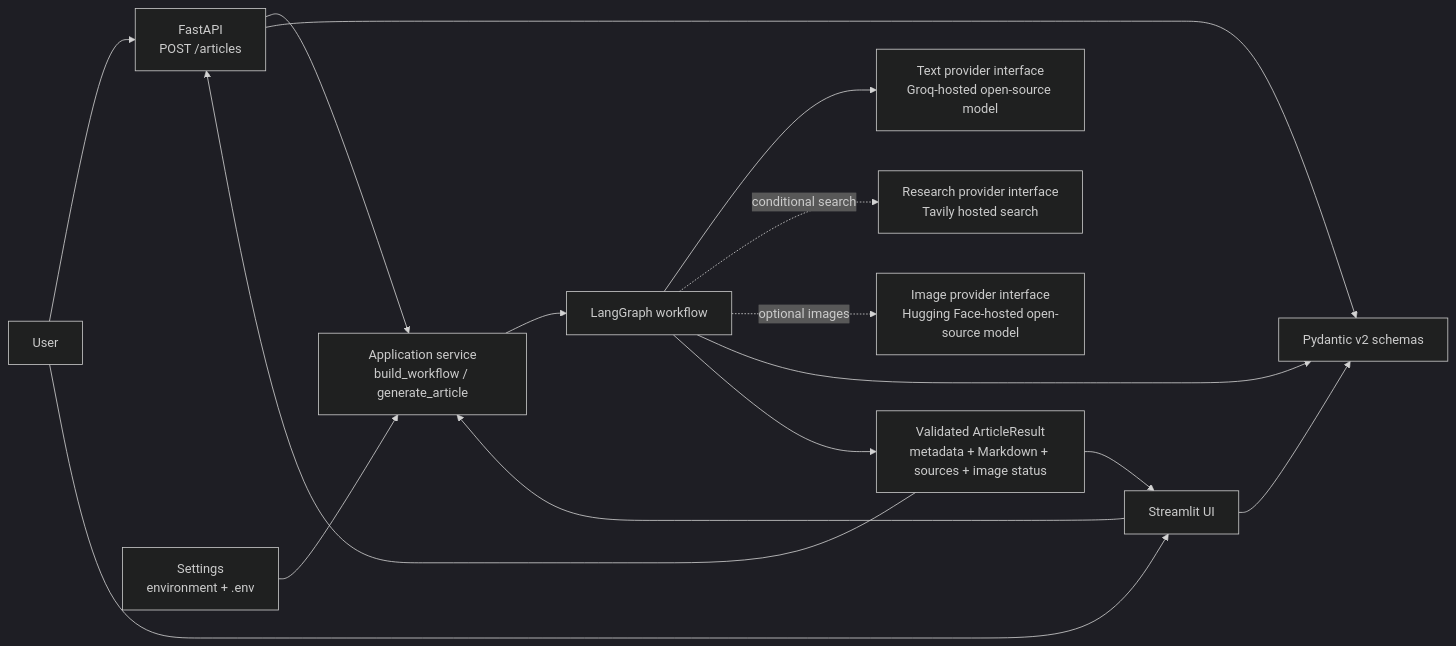
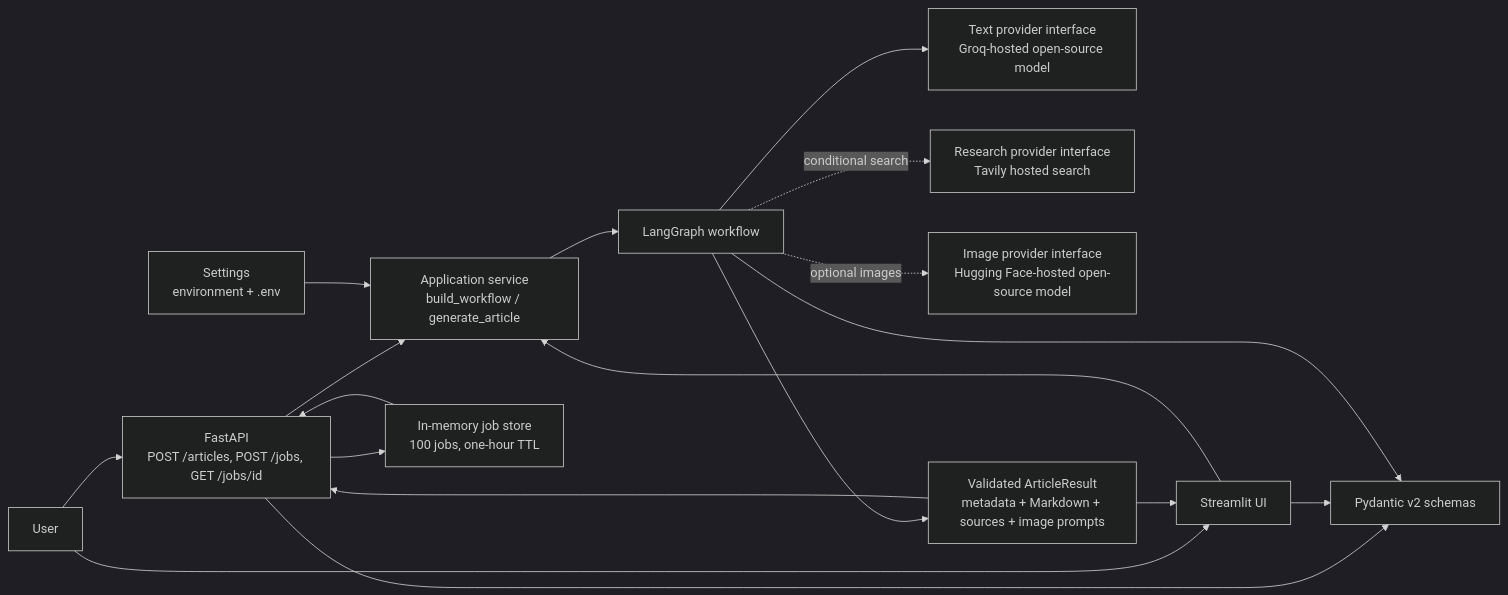
Before and after one commit to UmairDevloper/Agentic-Blog-Writing-Assistant: the first of 2 diagrams in flow.md, drawn with Mermaid (dark theme). The commit also changed other lines of this file and 50 other files, not shown here.

````diff
--- a/flow.md
+++ b/flow.md
@@ -11,30 +11,33 @@
 ```mermaid
 flowchart LR
     User[User]
-    API[FastAPI<br/>POST /articles]
+    API[FastAPI<br/>POST /articles, POST /jobs, GET /jobs/id]
     UI[Streamlit UI]
     App[Application service<br/>build_workflow / generate_article]
     Settings[Settings<br/>environment + .env]
     Graph[LangGraph workflow]
+    Jobs[In-memory job store<br/>100 jobs, one-hour TTL]
     Text[Text provider interface<br/>Groq-hosted open-source model]
     Research[Research provider interface<br/>Tavily hosted search]
     Image[Image provider interface<br/>Hugging Face-hosted open-source model]
     Schemas[Pydantic v2 schemas]
-    Output[Validated ArticleResult<br/>metadata + Markdown + sources + image status]
+    Output[Validated ArticleResult<br/>metadata + Markdown + sources + image prompts]
 
     User --> API
     User --> UI
     API --> App
+    API --> Jobs
+    Jobs --> API
     UI --> App
     Settings --> App
     App --> Graph
     Graph --> Text
     Graph -. conditional search .-> Research
     Graph -. optional images .-> Image
     API --> Schemas
     UI --> Schemas
     Graph --> Schemas
     Graph --> Output
     Output --> API
     Output --> UI
 ```
````
